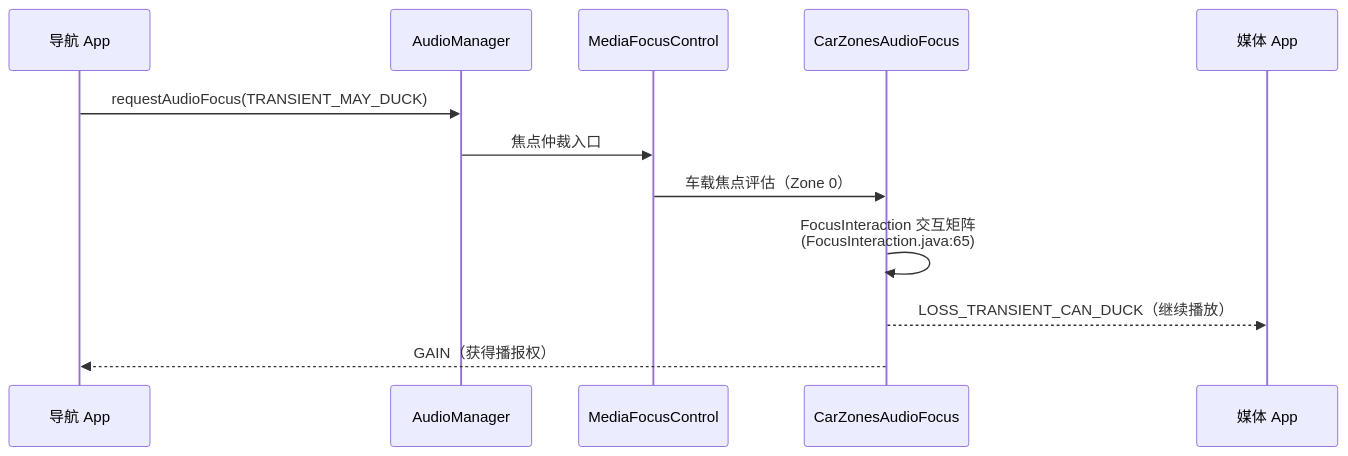
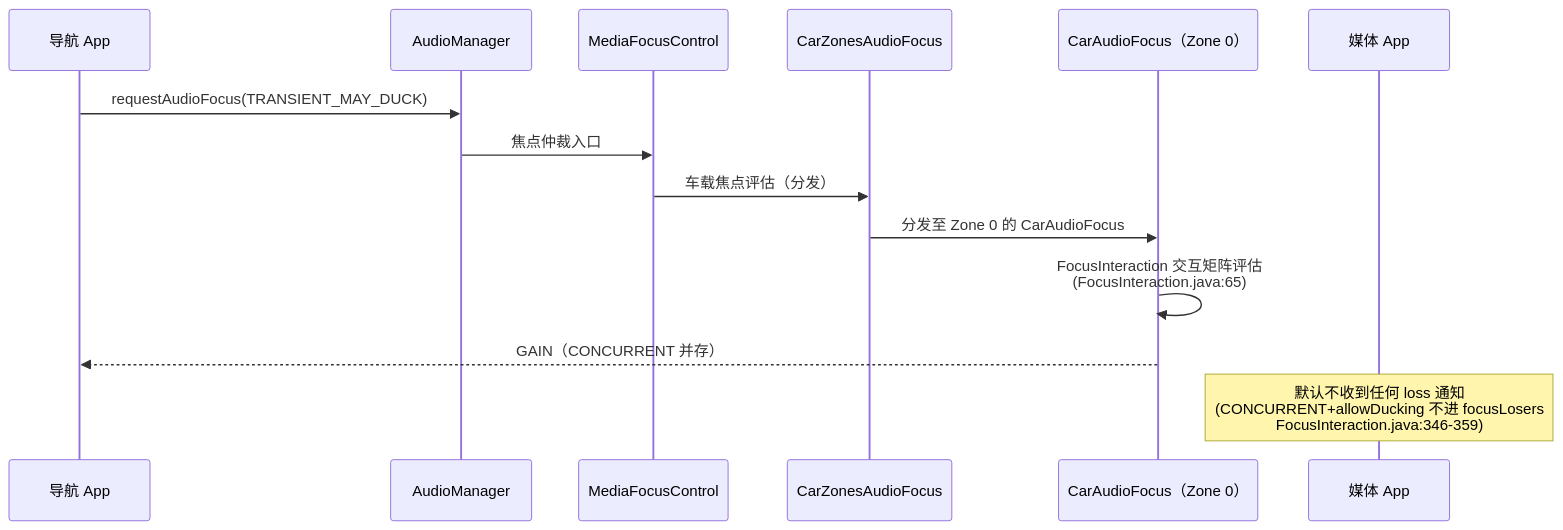
One commit to yanglinzhen1022/SA8295_AAOS_QNX_Audio_KnowledgeBase changed the diagram in 20_End_to_End_Scenarios/20_20.2_场景-多音区媒体与导航并发.md. Above: the diagram before and after it, drawn with Mermaid. The commit also changed other lines of this file and 17 other files, not shown here.

````diff
--- a/20_End_to_End_Scenarios/20_20.2_场景-多音区媒体与导航并发.md
+++ b/20_End_to_End_Scenarios/20_20.2_场景-多音区媒体与导航并发.md
@@ -22,15 +22,17 @@
 ```mermaid
 sequenceDiagram
     participant NAV as 导航 App
     participant AM as AudioManager
     participant MFC as MediaFocusControl
     participant CZ as CarZonesAudioFocus
+    participant CAF as CarAudioFocus（Zone 0）
     participant MED as 媒体 App
 
     NAV->>AM: requestAudioFocus(TRANSIENT_MAY_DUCK)
     AM->>MFC: 焦点仲裁入口
-    MFC->>CZ: 车载焦点评估（Zone 0）
-    CZ->>CZ: FocusInteraction 交互矩阵<br/>(FocusInteraction.java:65)
-    CZ-->>MED: LOSS_TRANSIENT_CAN_DUCK（继续播放）
-    CZ-->>NAV: GAIN（获得播报权）
+    MFC->>CZ: 车载焦点评估（分发）
+    CZ->>CAF: 分发至 Zone 0 的 CarAudioFocus
+    CAF->>CAF: FocusInteraction 交互矩阵评估<br/>(FocusInteraction.java:65)
+    CAF-->>NAV: GAIN（CONCURRENT 并存）
+    Note over MED: 默认不收到任何 loss 通知<br/>(CONCURRENT+allowDucking 不进 focusLosers<br/>FocusInteraction.java:346-359)
 ```
````
